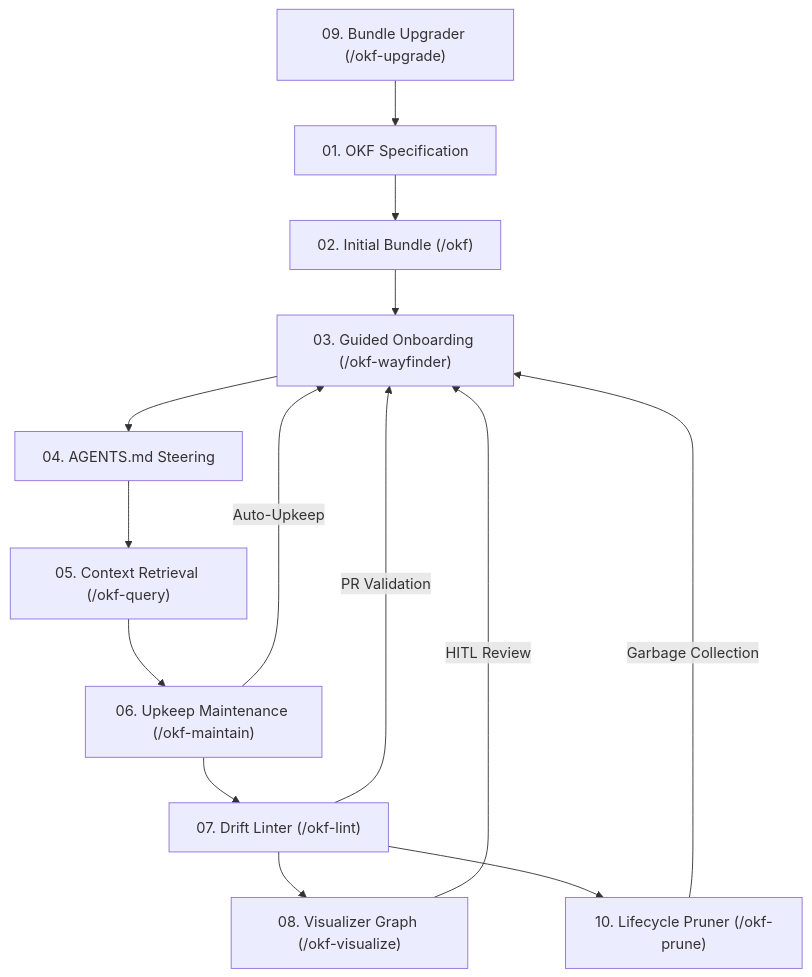
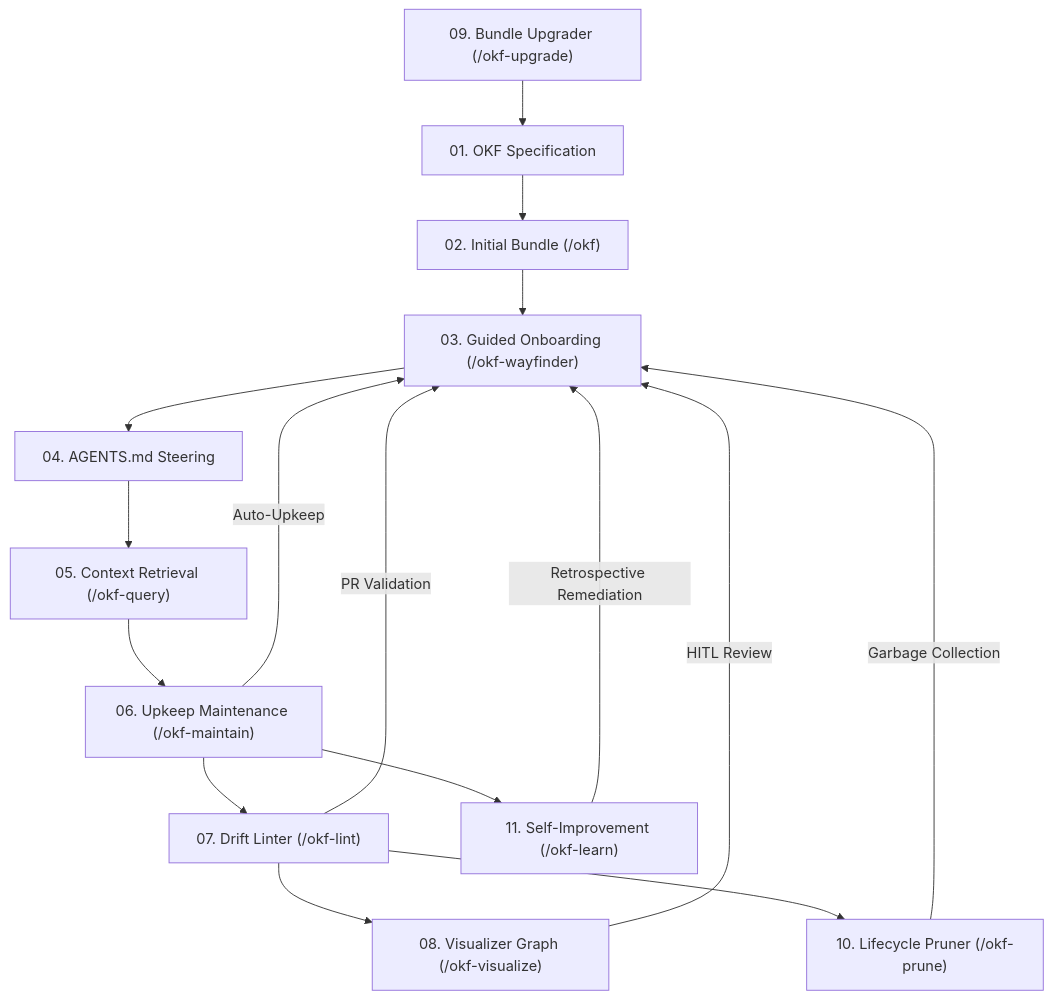
The diagram in README.md (eloybar/okf-skills), drawn with Mermaid before and after one commit. The commit also changed other lines of this file and 8 other files, not shown here.

````diff
--- a/README.md
+++ b/README.md
@@ -15,16 +15,18 @@
 ```mermaid
 graph TD
     I["09. Bundle Upgrader (/okf-upgrade)"] --> A["01. OKF Specification"]
     A --> B["02. Initial Bundle (/okf)"]
     B --> C["03. Guided Onboarding (/okf-wayfinder)"]
     C --> D["04. AGENTS.md Steering"]
     D --> E["05. Context Retrieval (/okf-query)"]
     E --> F["06. Upkeep Maintenance (/okf-maintain)"]
     F -->|Auto-Upkeep| C
     F --> G["07. Drift Linter (/okf-lint)"]
     G -->|PR Validation| C
     G --> H["08. Visualizer Graph (/okf-visualize)"]
     H -->|HITL Review| C
     G --> J["10. Lifecycle Pruner (/okf-prune)"]
     J -->|Garbage Collection| C
+    F --> K["11. Self-Improvement (/okf-learn)"]
+    K -->|Retrospective Remediation| C
 ```
````
